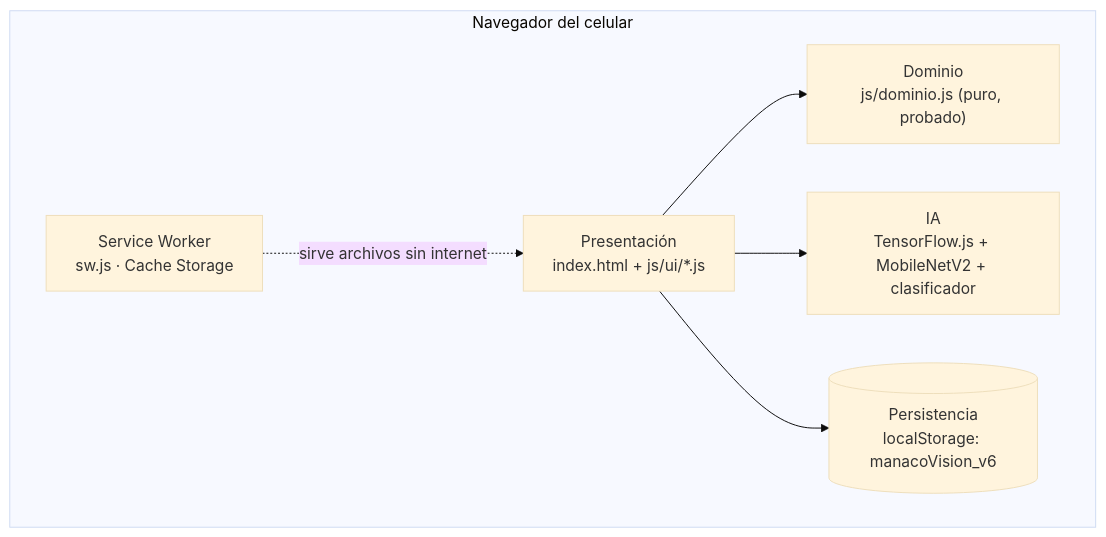
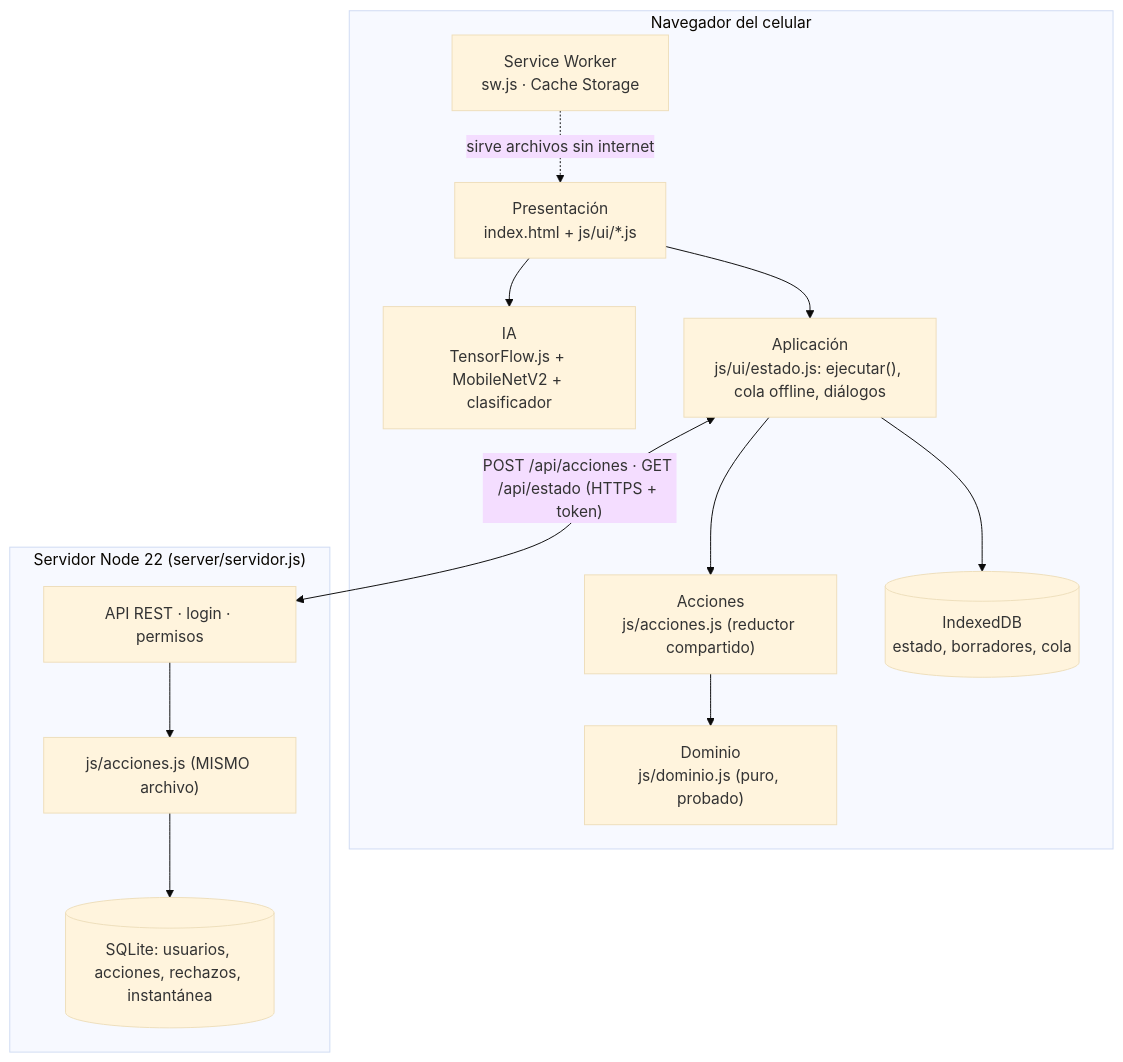
One commit to Gris999/manaco-vision changed the second of 5 diagrams in docs/ARQUITECTURA.md. Above: the diagram before and after it, drawn with Mermaid (base theme). The commit also changed other lines of this file and 29 other files, not shown here.

Commit message:
Escalabilidad: reductor de acciones compartido, backend con login y SQLite, IndexedDB y sincronización offline, diálogos propios, tipos, CI y E2E con Playwright

````diff
--- a/docs/ARQUITECTURA.md
+++ b/docs/ARQUITECTURA.md
@@ -27,14 +27,20 @@
 ```mermaid
 flowchart TB
   subgraph Navegador["Navegador del celular"]
     UI["Presentación<br/>index.html + js/ui/*.js"]
     DOM["Dominio<br/>js/dominio.js (puro, probado)"]
     IA["IA<br/>TensorFlow.js + MobileNetV2 + clasificador"]
-    PER[("Persistencia<br/>localStorage: manacoVision_v6")]
+    APL["Aplicación<br/>js/ui/estado.js: ejecutar(), cola offline, diálogos"]
+    ACC["Acciones<br/>js/acciones.js (reductor compartido)"]
+    PER[("IndexedDB<br/>estado, borradores, cola")]
     SW["Service Worker<br/>sw.js · Cache Storage"]
   end
-  UI --> DOM
+  UI --> APL --> ACC --> DOM
   UI --> IA
-  UI --> PER
+  APL --> PER
+  APL <-- "POST /api/acciones · GET /api/estado (HTTPS + token)" --> API
+  subgraph Servidor["Servidor Node 22 (server/servidor.js)"]
+    API["API REST · login · permisos"] --> ACC2["js/acciones.js (MISMO archivo)"] --> DB[("SQLite: usuarios, acciones, rechazos, instantánea")]
+  end
   SW -. "sirve archivos sin internet" .-> UI
 ```
````
